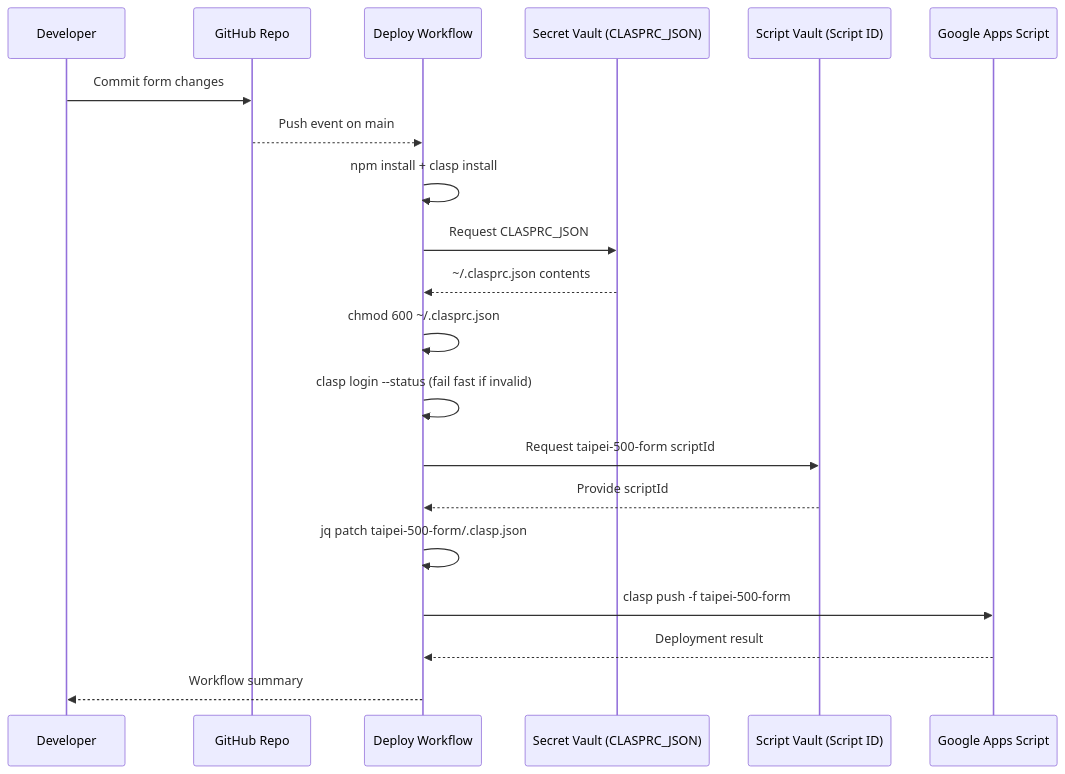
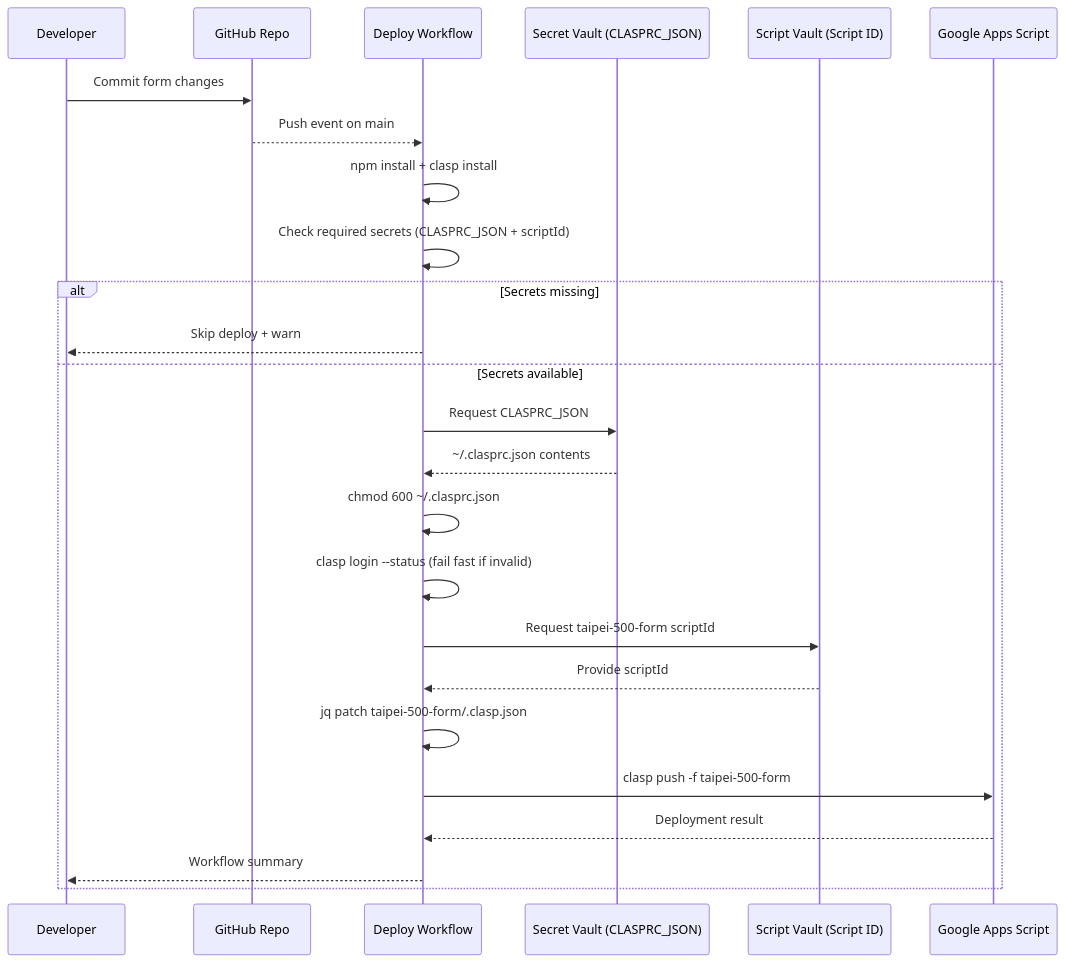
The third of 5 diagrams in README.md (muyueh/clasp-from-fresh), drawn with Mermaid before and after one commit. The commit also changed other lines of this file and 1 other file, not shown here.

Commit message:
gracefully skip deploy without secrets

````diff
--- a/README.md
+++ b/README.md
@@ -36,22 +41,27 @@
 ```mermaid
 sequenceDiagram
     participant Dev as Developer
     participant Repo as GitHub Repo
     participant CI as Deploy Workflow
     participant Secret as Secret Vault (CLASPRC_JSON)
     participant ScriptSecret as Script Vault (Script ID)
     participant GAS as Google Apps Script
     Dev->>Repo: Commit form changes
     Repo-->>CI: Push event on main
     CI->>CI: npm install + clasp install
-    CI->>Secret: Request CLASPRC_JSON
-    Secret-->>CI: ~/.clasprc.json contents
-    CI->>CI: chmod 600 ~/.clasprc.json
-    CI->>CI: clasp login --status (fail fast if invalid)
-    CI->>ScriptSecret: Request taipei-500-form scriptId
-    ScriptSecret-->>CI: Provide scriptId
-    CI->>CI: jq patch taipei-500-form/.clasp.json
-    CI->>GAS: clasp push -f taipei-500-form
-    GAS-->>CI: Deployment result
-    CI-->>Dev: Workflow summary
+    CI->>CI: Check required secrets (CLASPRC_JSON + scriptId)
+    alt Secrets missing
+        CI-->>Dev: Skip deploy + warn
+    else Secrets available
+        CI->>Secret: Request CLASPRC_JSON
+        Secret-->>CI: ~/.clasprc.json contents
+        CI->>CI: chmod 600 ~/.clasprc.json
+        CI->>CI: clasp login --status (fail fast if invalid)
+        CI->>ScriptSecret: Request taipei-500-form scriptId
+        ScriptSecret-->>CI: Provide scriptId
+        CI->>CI: jq patch taipei-500-form/.clasp.json
+        CI->>GAS: clasp push -f taipei-500-form
+        GAS-->>CI: Deployment result
+        CI-->>Dev: Workflow summary
+    end
 ```
````
